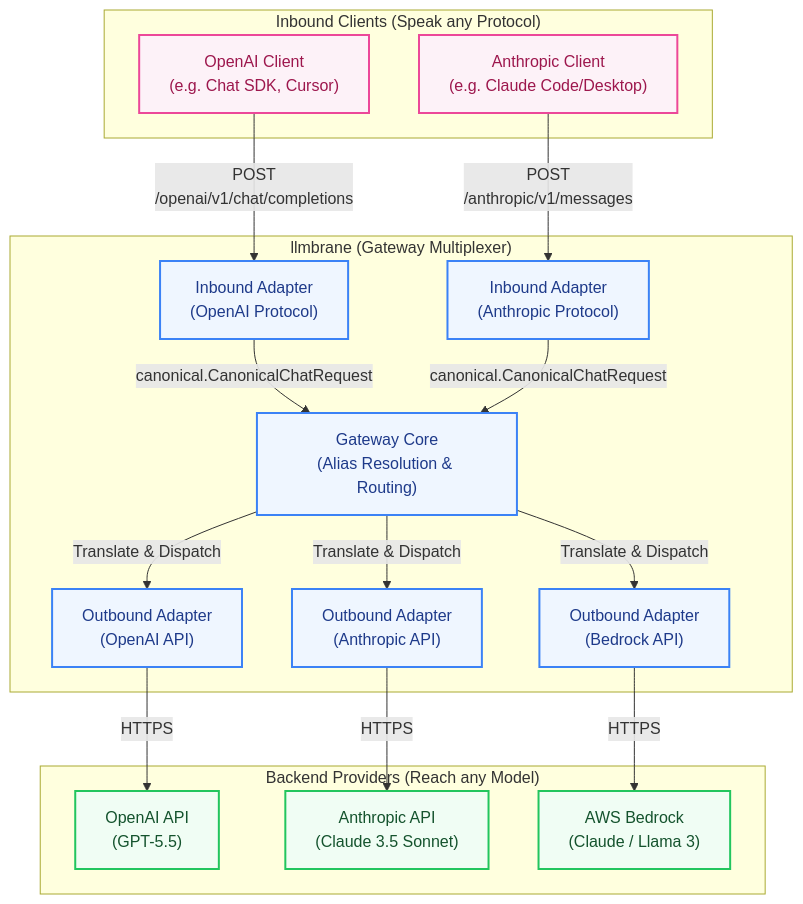
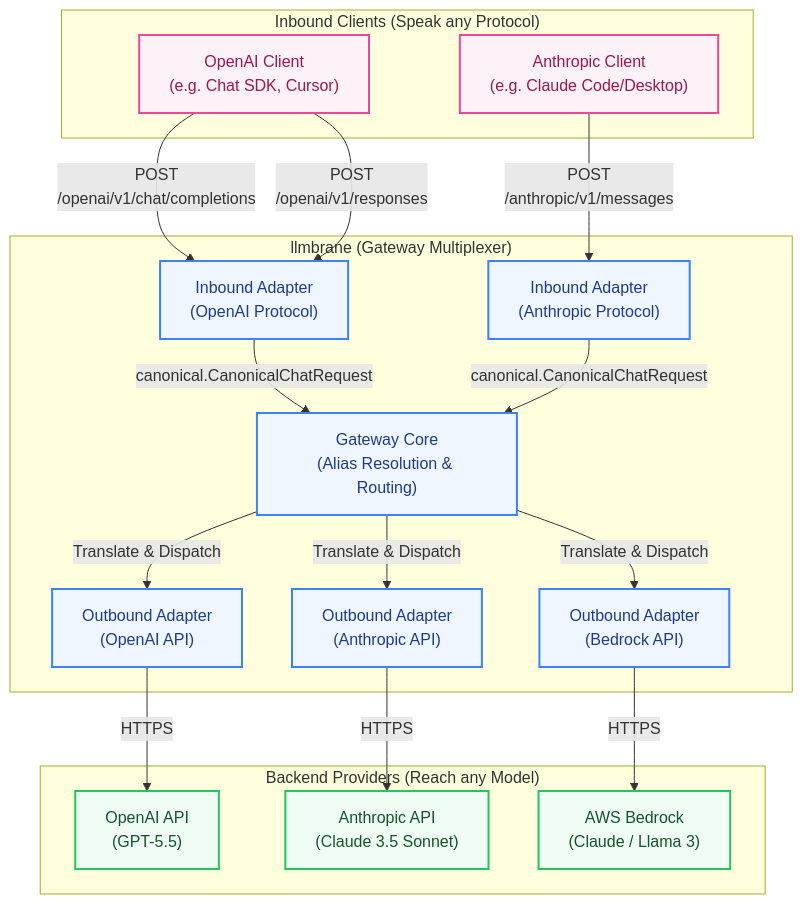
One commit to mayer-tech/llmbrane changed the diagram in README.md. Above: the diagram before and after it, drawn with Mermaid. The commit also changed other lines of this file and 89 other files, not shown here.

````diff
--- a/README.md
+++ b/README.md
@@ -5,50 +5,51 @@
 ```mermaid
 graph TD
     %% Inbound Clients
     subgraph Clients ["Inbound Clients (Speak any Protocol)"]
         C1["OpenAI Client<br>(e.g. Chat SDK, Cursor)"]
         C2["Anthropic Client<br>(e.g. Claude Code/Desktop)"]
     end
 
     %% Gateway Core
     subgraph Gateway ["llmbrane (Gateway Multiplexer)"]
         I1["Inbound Adapter<br>(OpenAI Protocol)"]
         I2["Inbound Adapter<br>(Anthropic Protocol)"]
         
         GW["Gateway Core<br>(Alias Resolution & Routing)"]
         
         O1["Outbound Adapter<br>(OpenAI API)"]
         O2["Outbound Adapter<br>(Anthropic API)"]
         O3["Outbound Adapter<br>(Bedrock API)"]
     end
 
     %% Backend Providers
     subgraph Providers ["Backend Providers (Reach any Model)"]
         P1["OpenAI API<br>(GPT-5.5)"]
         P2["Anthropic API<br>(Claude 3.5 Sonnet)"]
         P3["AWS Bedrock<br>(Claude / Llama 3)"]
     end
 
     %% Connections
     C1 -->|POST <br>/openai/v1/chat/completions| I1
+    C1 -->|POST <br>/openai/v1/responses| I1
     C2 -->|POST <br>/anthropic/v1/messages| I2
 
     I1 -->|"canonical.CanonicalChatRequest"| GW
     I2 -->|"canonical.CanonicalChatRequest"| GW
 
     GW -->|"Translate & Dispatch"| O1
     GW -->|"Translate & Dispatch"| O2
     GW -->|"Translate & Dispatch"| O3
 
     O1 -->|HTTPS| P1
     O2 -->|HTTPS| P2
     O3 -->|HTTPS| P3
 
     %% Styling
     classDef client fill:#fdf2f8,stroke:#ec4899,stroke-width:2px,color:#9d174d;
     classDef gateway fill:#eff6ff,stroke:#3b82f6,stroke-width:2px,color:#1e3a8a;
     classDef provider fill:#f0fdf4,stroke:#22c55e,stroke-width:2px,color:#14532d;
     class C1,C2 client;
     class I1,I2,GW,O1,O2,O3 gateway;
     class P1,P2,P3 provider;
 ```
````
